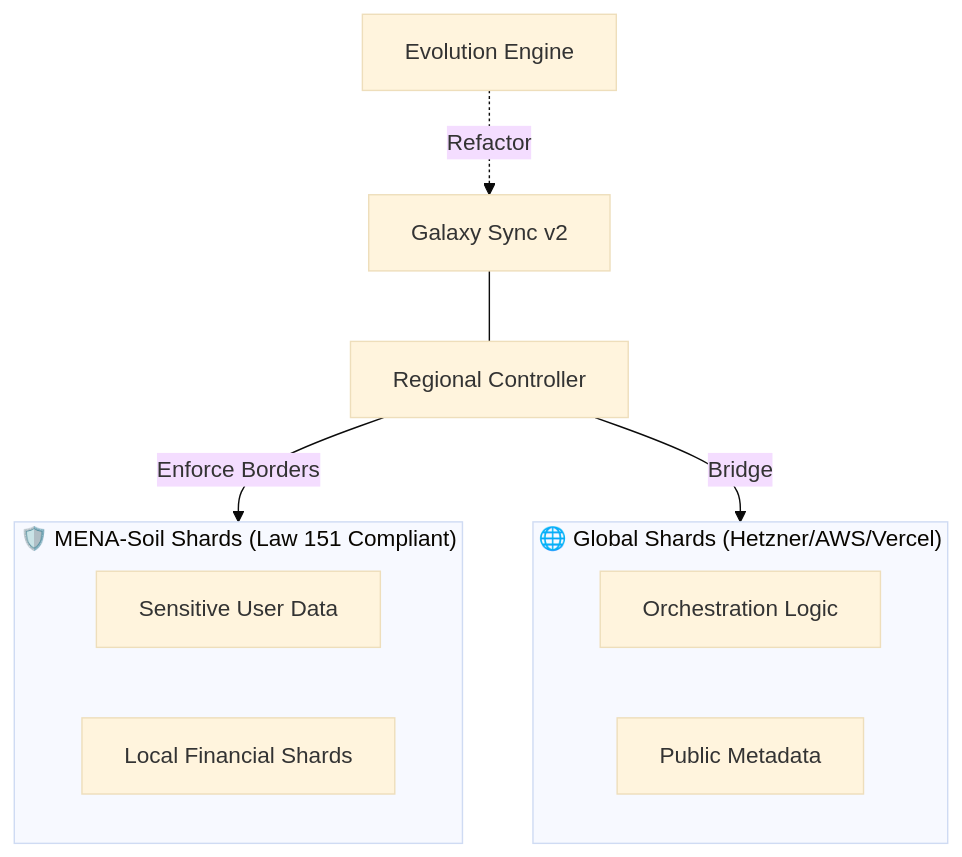
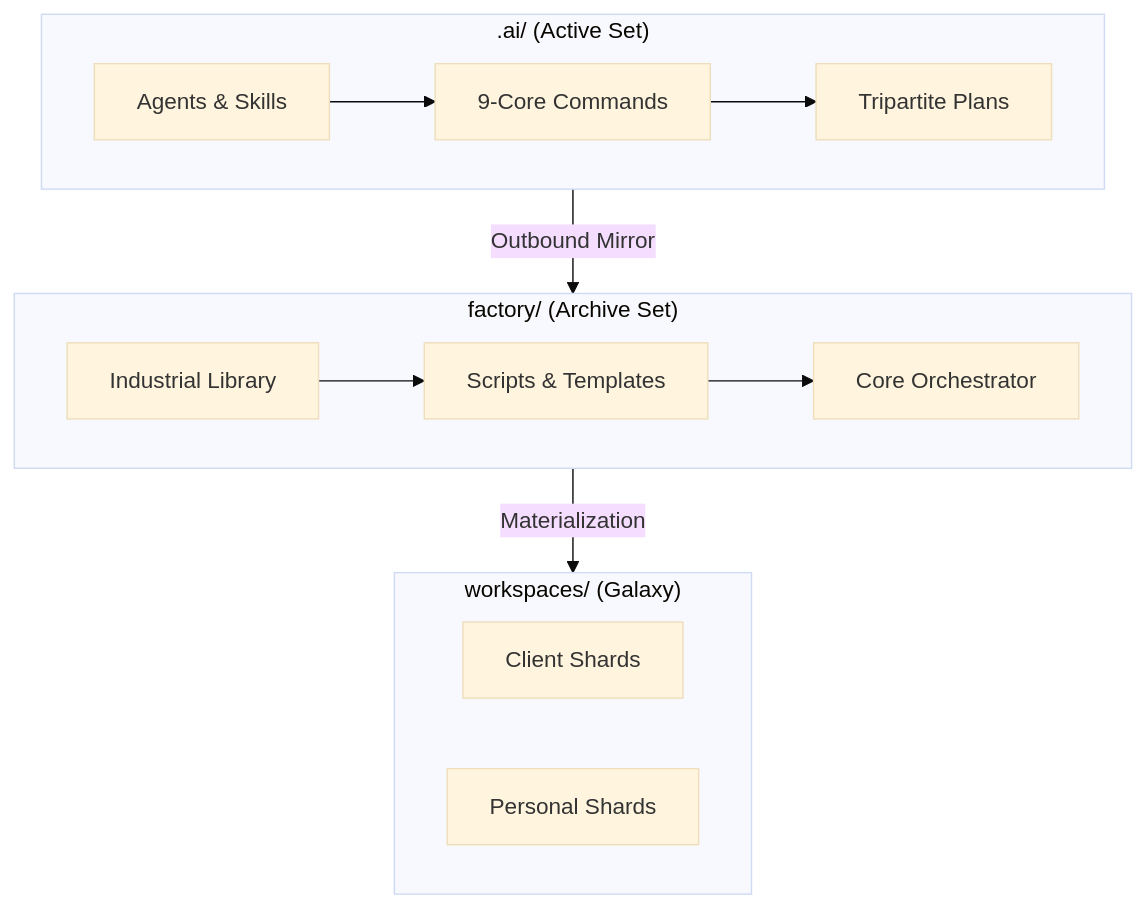
The diagram in README.md (iDorgham/Ai-Workspace-Factory-AIWF), drawn with Mermaid (base theme) before and after one commit. The commit also changed other lines of this file and 1 other file, not shown here.

````diff
--- a/README.md
+++ b/README.md
@@ -17,15 +40,20 @@
 ```mermaid
 graph TD
-    subgraph GLOBAL_ZONE["🌐 Global Shards (Hetzner/AWS/Vercel)"]
-        G1[Orchestration Logic]
-        G2[Public Metadata]
+    subgraph Metadata_Tier [".ai/ (Active Set)"]
+        A[Agents & Skills] --> B[9-Core Commands]
+        B --> C[Tripartite Plans]
     end
-    subgraph MENA_ZONE["🛡️ MENA-Soil Shards (Law 151 Compliant)"]
-        M1[Sensitive User Data]
-        M2[Local Financial Shards]
+
+    subgraph Core_Tier ["factory/ (Archive Set)"]
+        D[Industrial Library] --> E[Scripts & Templates]
+        E --> F[Core Orchestrator]
     end
-    RC[Regional Controller] -->|Enforce Borders| MENA_ZONE
-    RC -->|Bridge| GLOBAL_ZONE
-    GS[Galaxy Sync v2] --- RC
-    ES[Evolution Engine] -.->|Refactor| GS
+
+    subgraph Production_Tier ["workspaces/ (Galaxy)"]
+        G[Client Shards]
+        H[Personal Shards]
+    end
+
+    Metadata_Tier -- "Outbound Mirror" --> Core_Tier
+    Core_Tier -- "Materialization" --> Production_Tier
 ```
````
